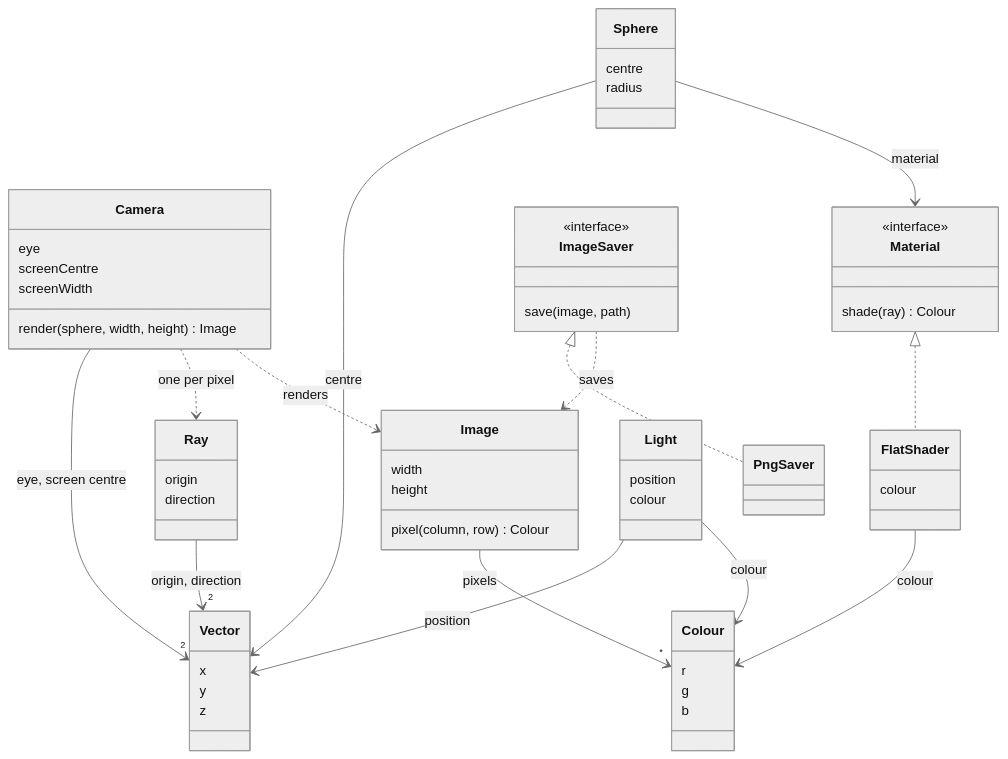
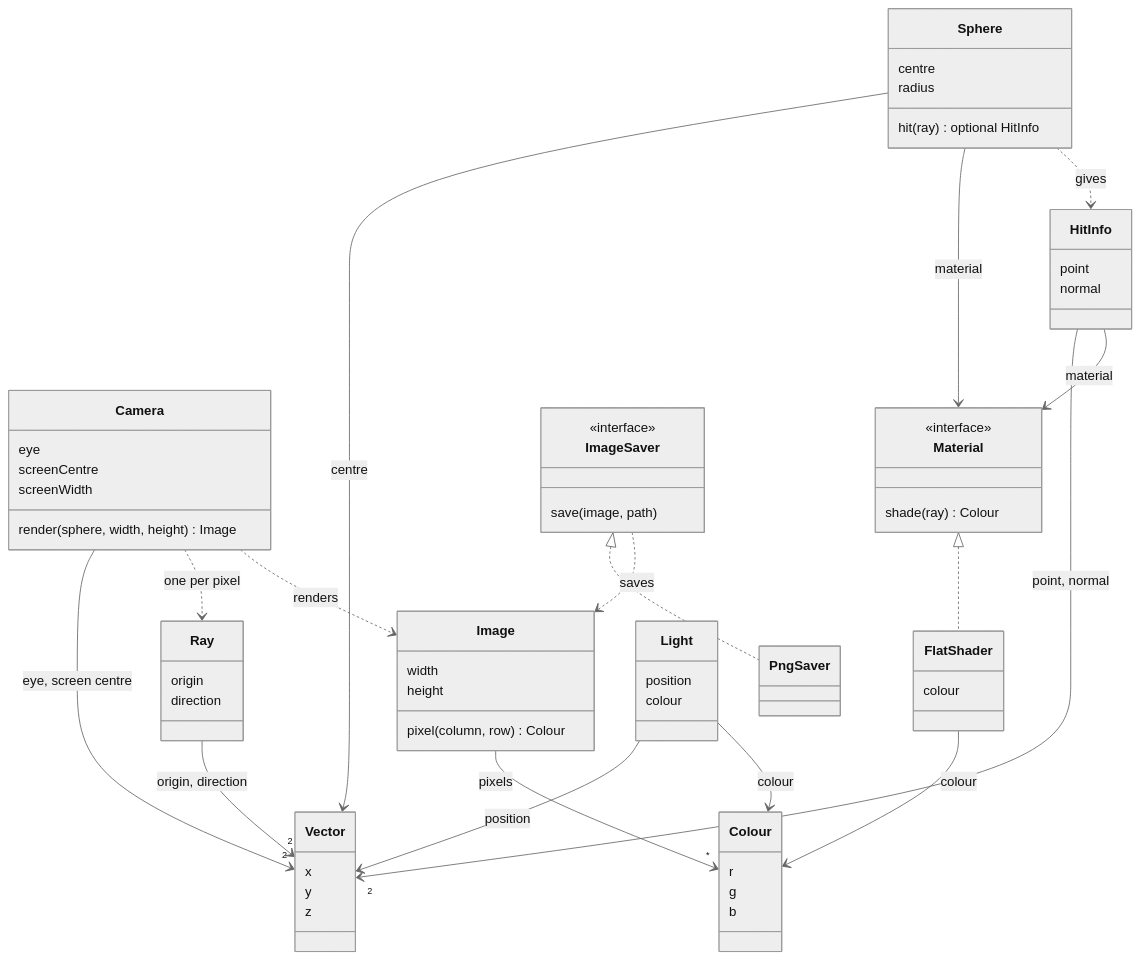
The diagram in docs/domain/domain-model.md (tsiorynobel/raytracer), drawn with Mermaid (neutral theme) before and after one commit. The commit also changed other lines of this file and 5 other files, not shown here.

First line of the commit message:
Say where a ray hits the sphere, and the normal there

````diff
--- a/docs/domain/domain-model.md
+++ b/docs/domain/domain-model.md
@@ -6,62 +6,70 @@
 ```mermaid
 classDiagram
     class Vector {
         x
         y
         z
     }
     class Ray {
         origin
         direction
     }
     class Sphere {
         centre
         radius
+        hit(ray) optional HitInfo
+    }
+    class HitInfo {
+        point
+        normal
     }
     class Camera {
         eye
         screenCentre
         screenWidth
         render(sphere, width, height) Image
     }
     class Image {
         width
         height
         pixel(column, row) Colour
     }
     class Colour {
         r
         g
         b
     }
     class Material {
         <<interface>>
         shade(ray) Colour
     }
     class FlatShader {
         colour
     }
     class ImageSaver {
         <<interface>>
         save(image, path)
     }
     class PngSaver
     class Light {
         position
         colour
     }
 
     Ray --> "2" Vector : origin, direction
     Sphere --> Vector : centre
     Sphere --> Material : material
+    Sphere ..> HitInfo : gives
+    HitInfo --> "2" Vector : point, normal
+    HitInfo --> Material : material
     Material <|.. FlatShader
     FlatShader --> Colour : colour
     Camera --> "2" Vector : eye, screen centre
     Camera ..> Ray : one per pixel
     Camera ..> Image : renders
     Image --> "*" Colour : pixels
     ImageSaver <|.. PngSaver
     ImageSaver ..> Image : saves
     Light --> Vector : position
     Light --> Colour : colour
 ```
````
